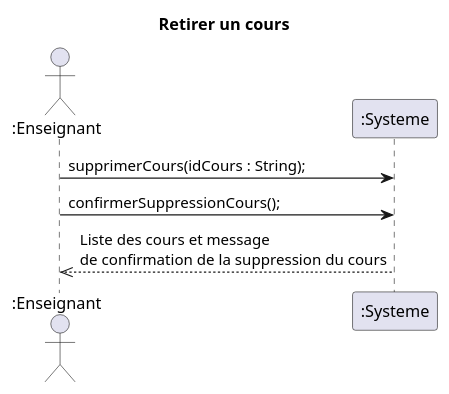
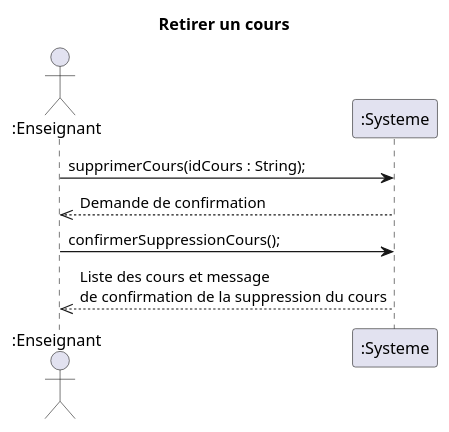
The diagram in docs/modeles/dss-retirer-cours.puml (xMrYahya/moodle-clone), drawn with PlantUML before and after one commit.

Commit message:
Correction Retirer ours

```diff
--- a/docs/modeles/dss-retirer-cours.puml
+++ b/docs/modeles/dss-retirer-cours.puml
@@ -1,12 +1,14 @@
 @startuml
 title Retirer un cours
 actor ":Enseignant" as e
 participant ":Systeme" as s
 
 e->s : supprimerCours(idCours : String);
 
+s-->>e : Demande de confirmation
+
 e->s : confirmerSuppressionCours();
 
 s-->>e : Liste des cours et message \nde confirmation de la suppression du cours
 
 @enduml
```
